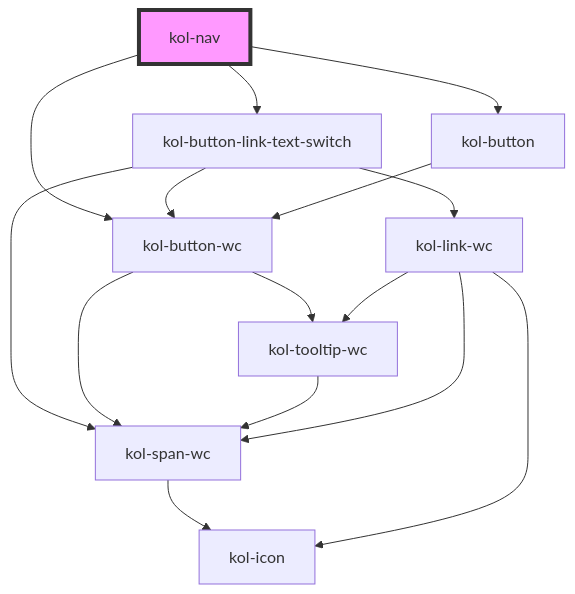
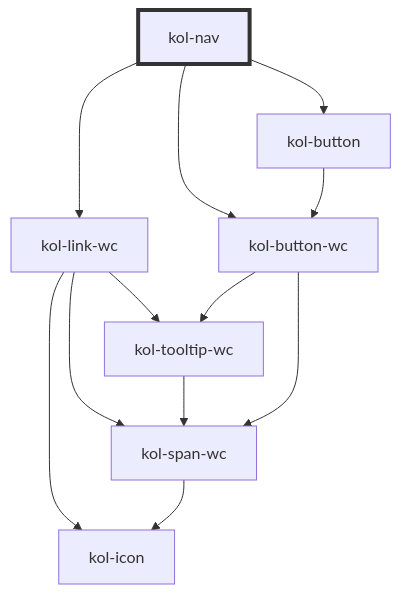
Before and after one commit to public-ui/public-ui.github.io: the diagram in dev/versioned_readmes/2.0/nav/readme.md, drawn with Mermaid. The commit also changed other lines of this file and 184 other files, not shown here.

````diff
--- a/dev/versioned_readmes/2.0/nav/readme.md
+++ b/dev/versioned_readmes/2.0/nav/readme.md
@@ -131,18 +133,15 @@
 ```mermaid
 graph TD;
-  kol-nav --> kol-button-link-text-switch
+  kol-nav --> kol-link-wc
   kol-nav --> kol-button-wc
   kol-nav --> kol-button
-  kol-button-link-text-switch --> kol-button-wc
-  kol-button-link-text-switch --> kol-link-wc
-  kol-button-link-text-switch --> kol-span-wc
-  kol-button-wc --> kol-span-wc
-  kol-button-wc --> kol-tooltip-wc
-  kol-span-wc --> kol-icon
-  kol-tooltip-wc --> kol-span-wc
   kol-link-wc --> kol-span-wc
   kol-link-wc --> kol-icon
   kol-link-wc --> kol-tooltip-wc
+  kol-span-wc --> kol-icon
+  kol-tooltip-wc --> kol-span-wc
+  kol-button-wc --> kol-span-wc
+  kol-button-wc --> kol-tooltip-wc
   kol-button --> kol-button-wc
-  style kol-nav fill:#f9f,stroke:#333,stroke-width:4px
+  style kol-nav stroke:#333,stroke-width:4px
 ```
````
